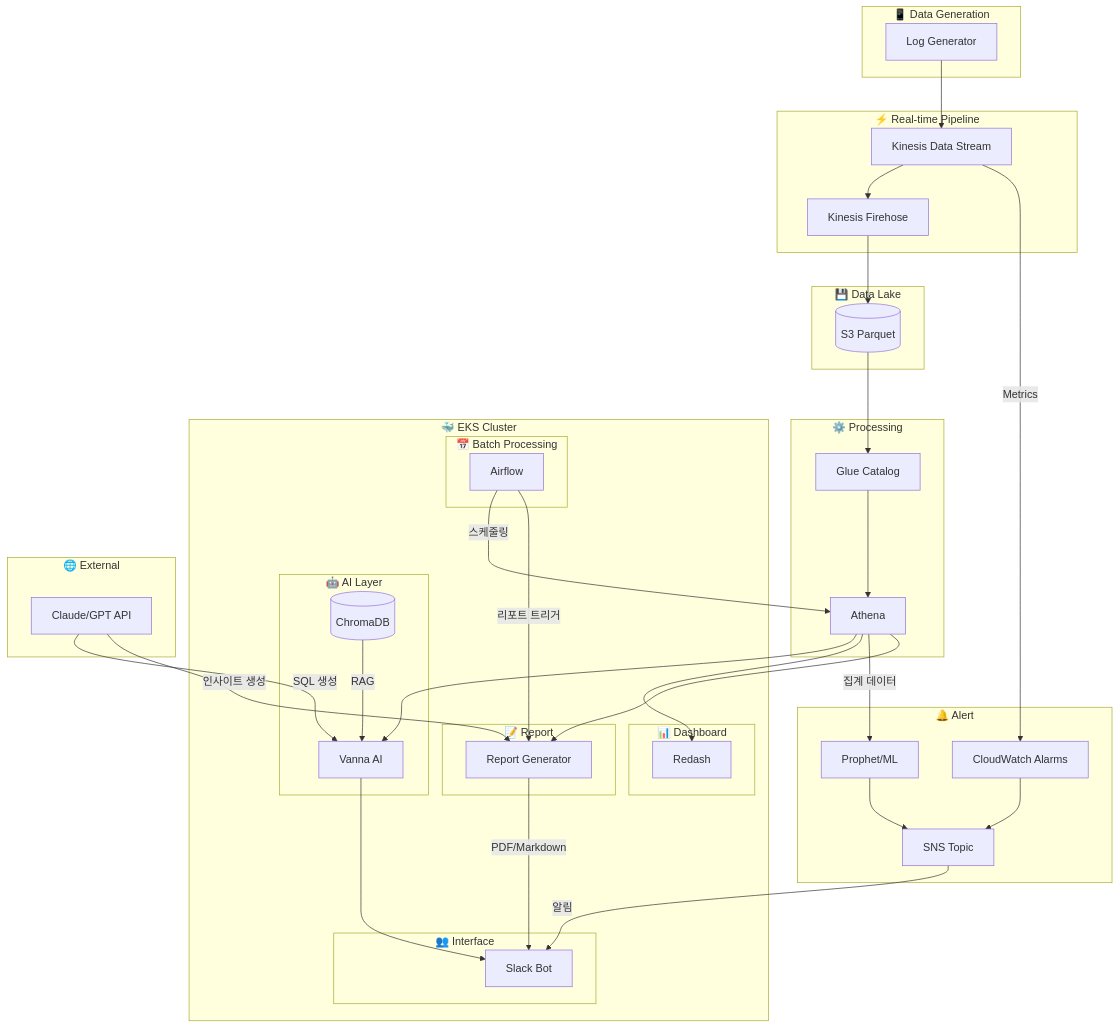
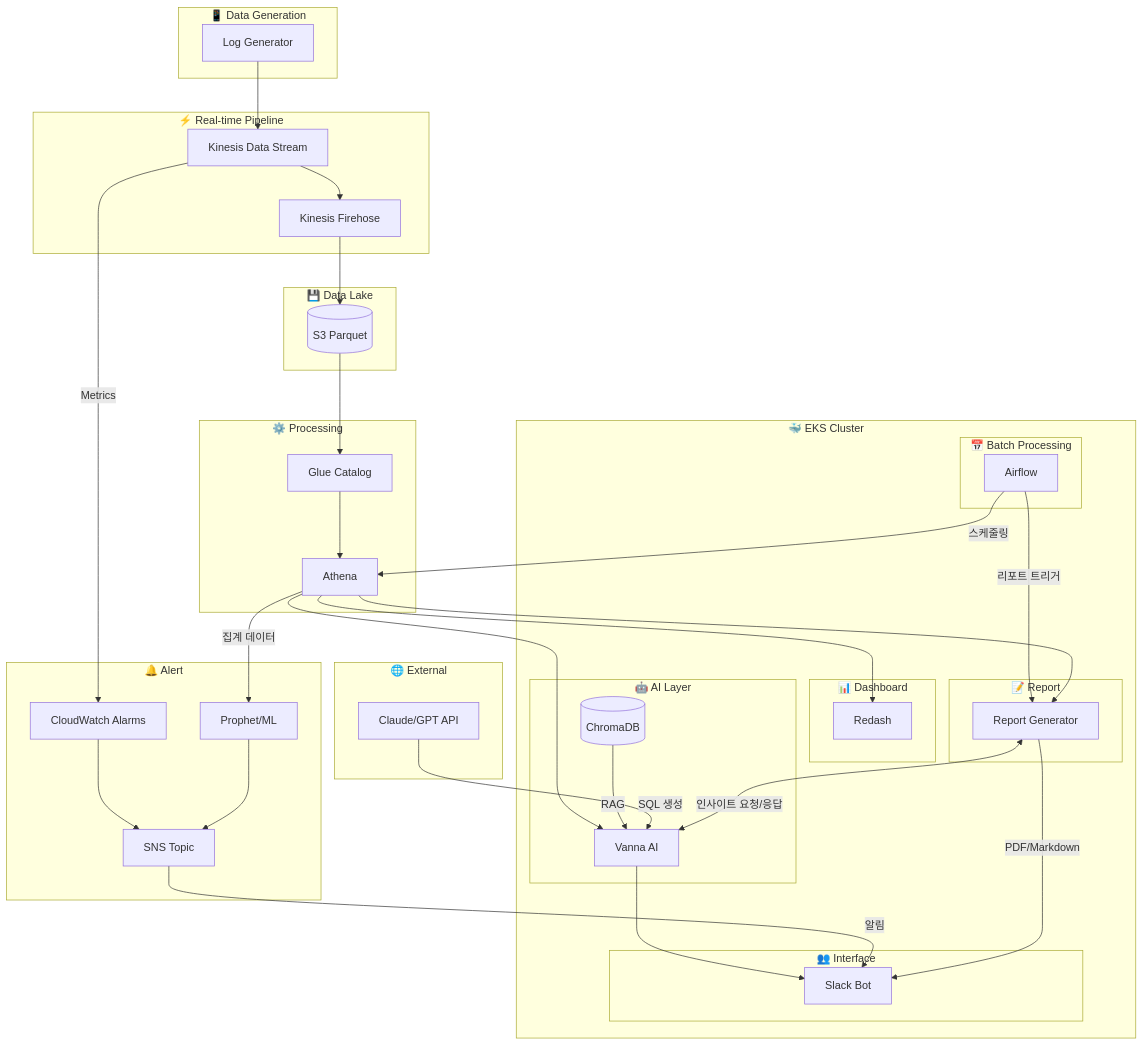
One commit to janghyunwoo2/CAPA changed the diagram in docs/t1/devops/devops_implementation_guide.md. Above: the diagram before and after it, drawn with Mermaid. The commit also changed 11 other files, not shown here.

````diff
--- a/docs/t1/devops/devops_implementation_guide.md
+++ b/docs/t1/devops/devops_implementation_guide.md
@@ -86,82 +86,82 @@
 ```mermaid
 flowchart TB
     subgraph DataGen["📱 Data Generation"]
         LG[Log Generator]
     end
     
     subgraph Streaming["⚡ Real-time Pipeline"]
         KDS[Kinesis Data Stream]
         KDF[Kinesis Firehose]
     end
     
     subgraph Storage["💾 Data Lake"]
         S3[(S3 Parquet)]
     end
     
     subgraph Processing["⚙️ Processing"]
         GLU[Glue Catalog]
         ATH[Athena]
     end
     
     subgraph EKS["🐳 EKS Cluster"]
         subgraph Batch["📅 Batch Processing"]
             AIR[Airflow]
         end
         
         subgraph AI["🤖 AI Layer"]
             VAN[Vanna AI]
             CHR[(ChromaDB)]
         end
         
         subgraph Dashboard["📊 Dashboard"]
             RDS[Redash]
         end
         
         subgraph Report["📝 Report"]
             RPT[Report Generator]
         end
         
         subgraph Interface["👥 Interface"]
             SLK[Slack Bot]
         end
     end
     
     subgraph Alert["🔔 Alert"]
         CW[CloudWatch Alarms]
         SNS[SNS Topic]
         PRO[Prophet/ML]
     end
     
     subgraph External["🌐 External"]
         LLM[Claude/GPT API]
     end
 
     %% 데이터 흐름
     LG --> KDS --> KDF --> S3
     S3 --> GLU --> ATH
     
     %% 배치 처리
     AIR -->|스케줄링| ATH
     AIR -->|리포트 트리거| RPT
     
     %% AI Layer
     ATH --> VAN
     CHR -->|RAG| VAN
     LLM -->|SQL 생성| VAN
     VAN --> SLK
     
     %% Dashboard
     ATH --> RDS
     
     %% Alert
     KDS -->|Metrics| CW
     ATH -->|집계 데이터| PRO
     CW --> SNS
     PRO --> SNS
     SNS -->|알림| SLK
     
     %% Report
     ATH --> RPT
-    LLM -->|인사이트 생성| RPT
+    RPT <-->|인사이트 요청/응답| VAN
     RPT -->|PDF/Markdown| SLK
 ```
````
